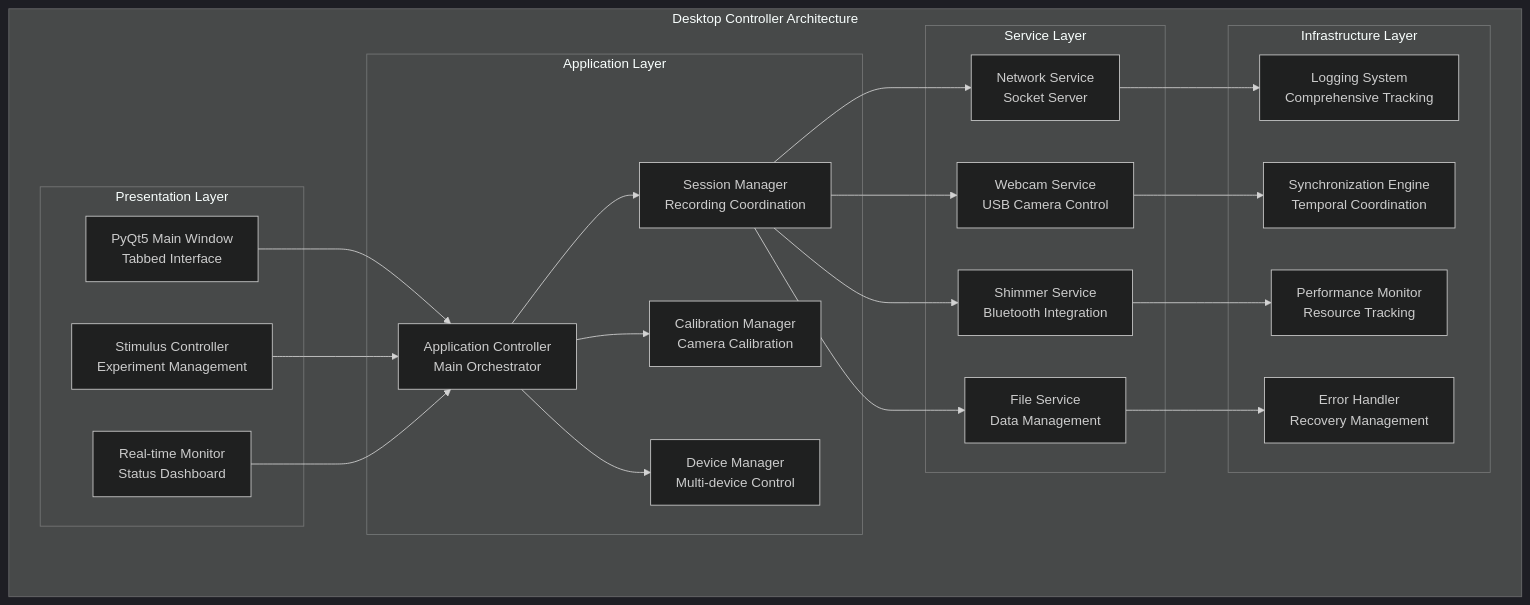
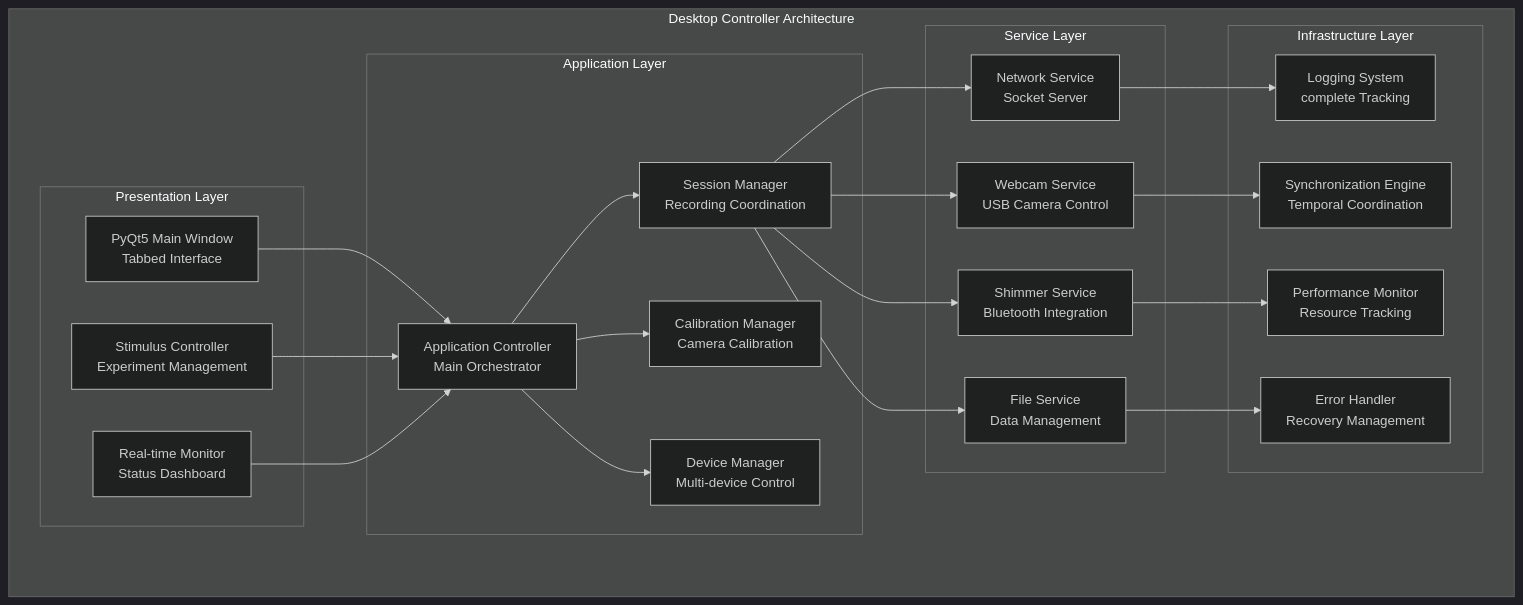
The first of 11 diagrams in PythonApp/README.md (buccancs/fyp-multi-sensor-recording-system), drawn with Mermaid (dark theme) before and after one commit. The commit also changed other lines of this file and 118 other files, not shown here.

Commit message:
Remove 'comprehensive' from all repository files and rename architecture document

````diff
--- a/PythonApp/README.md
+++ b/PythonApp/README.md
@@ -72,49 +72,49 @@
 ```mermaid
 graph TB
     subgraph "Desktop Controller Architecture"
         subgraph "Presentation Layer"
             GUI[PyQt5 Main Window<br/>Tabbed Interface]
             STIM[Stimulus Controller<br/>Experiment Management]
             MON[Real-time Monitor<br/>Status Dashboard]
         end
         
         subgraph "Application Layer"
             APP[Application Controller<br/>Main Orchestrator]
             SM[Session Manager<br/>Recording Coordination]
             CM[Calibration Manager<br/>Camera Calibration]
             DM[Device Manager<br/>Multi-device Control]
         end
         
         subgraph "Service Layer"
             NET[Network Service<br/>Socket Server]
             WEB[Webcam Service<br/>USB Camera Control]
             SHIM[Shimmer Service<br/>Bluetooth Integration]
             FILE[File Service<br/>Data Management]
         end
         
         subgraph "Infrastructure Layer"
-            LOG[Logging System<br/>Comprehensive Tracking]
+            LOG[Logging System<br/>complete Tracking]
             SYNC[Synchronization Engine<br/>Temporal Coordination]
             PERF[Performance Monitor<br/>Resource Tracking]
             ERR[Error Handler<br/>Recovery Management]
         end
         
         GUI --> APP
         STIM --> APP
         MON --> APP
         
         APP --> SM
         APP --> CM
         APP --> DM
         
         SM --> NET
         SM --> WEB
         SM --> SHIM
         SM --> FILE
         
         NET --> LOG
         WEB --> SYNC
         SHIM --> PERF
         FILE --> ERR
     end
 ```
````
